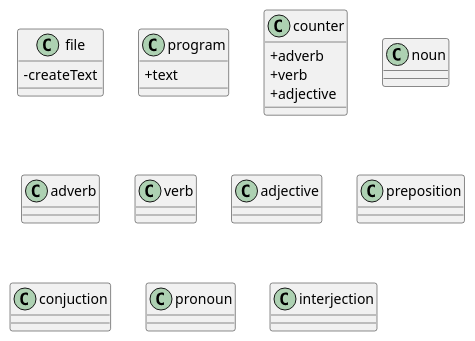
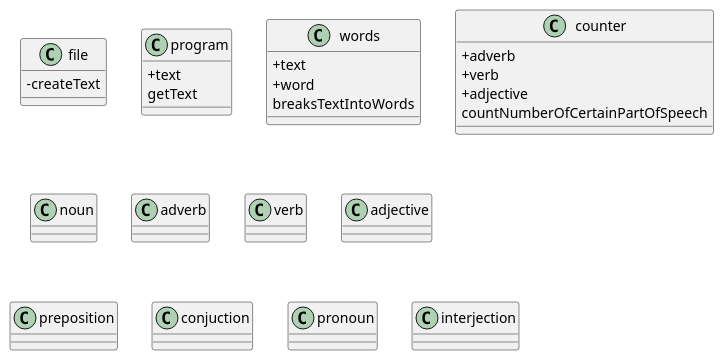
Before and after one commit to Nurabil25/lab3: the diagram in varian13.puml, drawn with PlantUML.

Commit message:
adding classes

```diff
--- a/varian13.puml
+++ b/varian13.puml
@@ -1,26 +1,34 @@
 @startuml
 skinparam classAttributeIconSize 0
 
 class file {
 -createText
 }
 
 class program {
 +text
+getText
+}
+
+class words {
++text
++word
+breaksTextIntoWords
 }
 
 class counter {
 +adverb
 +verb
 +adjective
+countNumberOfCertainPartOfSpeech
 }
 
 class noun {}
 class adverb {}
 class verb {}
 class adjective {}
 class preposition {}
 class conjuction {}
 class pronoun {}
 class interjection {}
 @enduml
```
